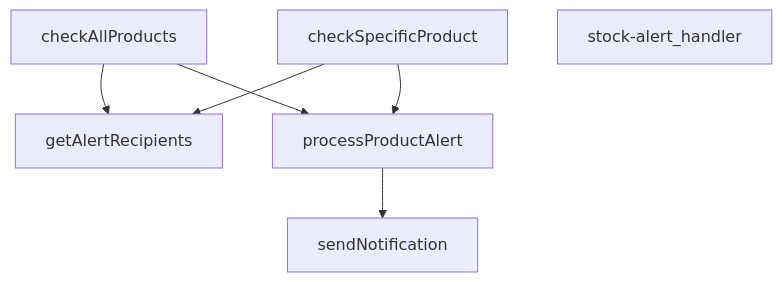
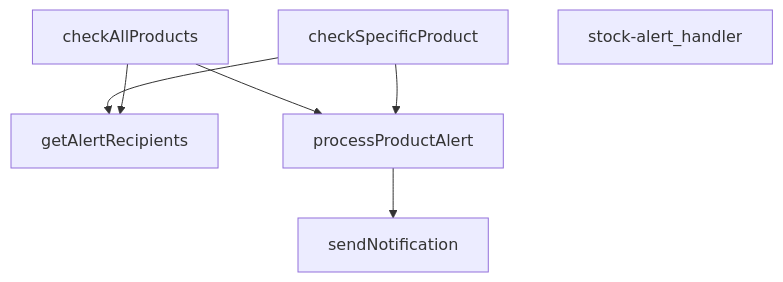
One commit to peckop/venthub-hvac-esite changed the eighth of 12 diagrams in docs/supabase_functions_master.md. Above: the diagram before and after it, drawn with Mermaid. The commit also changed other lines of this file and 5 other files, not shown here.

````diff
--- a/docs/supabase_functions_master.md
+++ b/docs/supabase_functions_master.md
@@ -3669,14 +4066,14 @@
 ```mermaid
 graph TD
     index_ts__checkAllProducts["checkAllProducts"]
     index_ts__checkSpecificProduct["checkSpecificProduct"]
     index_ts__getAlertRecipients["getAlertRecipients"]
     index_ts__processProductAlert["processProductAlert"]
     index_ts__sendNotification["sendNotification"]
     index_ts__stock-alert_handler["stock-alert_handler"]
-    index_ts__checkAllProducts --> index_ts__getAlertRecipients
+    index_ts__processProductAlert --> index_ts__sendNotification
+    index_ts__checkAllProducts --> index_ts__processProductAlert
     index_ts__checkSpecificProduct --> index_ts__getAlertRecipients
     index_ts__checkSpecificProduct --> index_ts__processProductAlert
-    index_ts__processProductAlert --> index_ts__sendNotification
-    index_ts__checkAllProducts --> index_ts__processProductAlert
+    index_ts__checkAllProducts --> index_ts__getAlertRecipients
 ```
````
